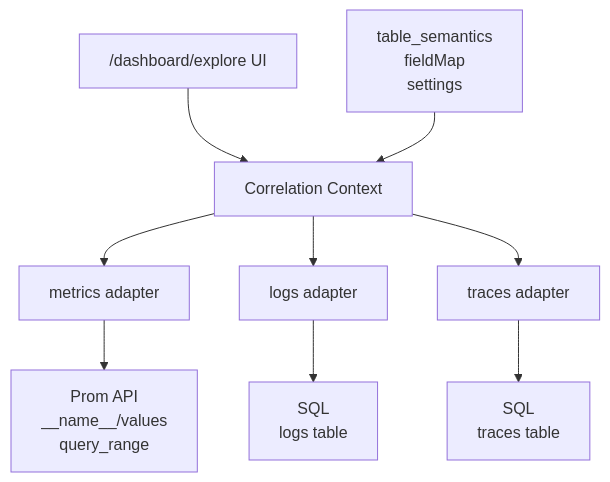
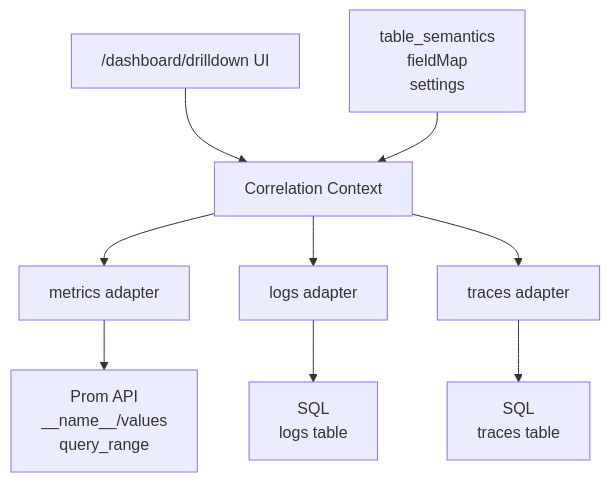
One commit to GreptimeTeam/dashboard changed the diagram in docs/drilldown/architecture/context-and-adapters.md. Above: the diagram before and after it, drawn with Mermaid. The commit also changed other lines of this file and 40 other files, not shown here.

````diff
--- a/docs/drilldown/architecture/context-and-adapters.md
+++ b/docs/drilldown/architecture/context-and-adapters.md
@@ -10,13 +11,13 @@
 ```mermaid
 flowchart TB
-  UI["/dashboard/explore UI"]
+  UI["/dashboard/drilldown UI"]
   Ctx[Correlation Context]
   UI --> Ctx
   Ctx --> MA[metrics adapter]
   Ctx --> LA[logs adapter]
   Ctx --> TA[traces adapter]
   MA --> Prom["Prom API\n__name__/values\nquery_range"]
   LA --> SQLL["SQL\nlogs table"]
   TA --> SQLT["SQL\ntraces table"]
   Sem[table_semantics\nfieldMap\nsettings] --> Ctx
 ```
````
